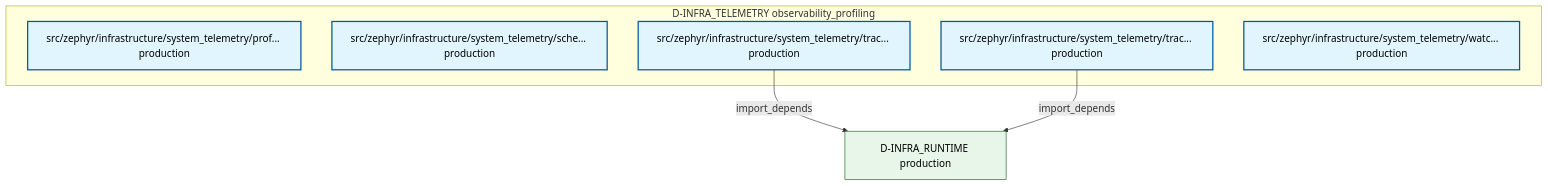
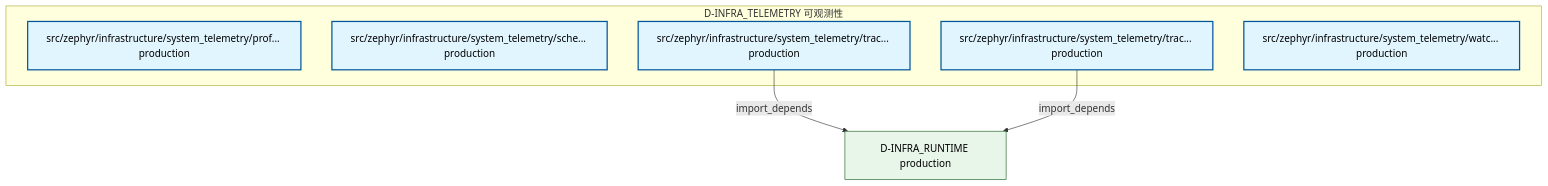
Before and after one commit to xuanFelixVan/ZephyrAlpha: the second of 2 diagrams in docs/02_enterprise_architecture/02_domain_architecture_docs/05_d_infra_telemetry.md, drawn with Mermaid. The commit also changed other lines of this file and 105 other files, not shown here.

````diff
--- a/docs/02_enterprise_architecture/02_domain_architecture_docs/05_d_infra_telemetry.md
+++ b/docs/02_enterprise_architecture/02_domain_architecture_docs/05_d_infra_telemetry.md
@@ -124,19 +124,19 @@
 ```mermaid
 graph TD
-    subgraph D_INFRA_TELEMETRY["D-INFRA_TELEMETRY observability_profiling"]
+    subgraph D_INFRA_TELEMETRY["D-INFRA_TELEMETRY 可观测性"]
         src_zephyr_infrastructure_system_telemetry_profiles_init_py["src/zephyr/infrastructure/system_telemetry/prof... production"]
         src_zephyr_infrastructure_system_telemetry_schema_init_py["src/zephyr/infrastructure/system_telemetry/sche... production"]
         src_zephyr_infrastructure_system_telemetry_traces_init_py["src/zephyr/infrastructure/system_telemetry/trac... production"]
         src_zephyr_infrastructure_system_telemetry_traces_span_stub_py["src/zephyr/infrastructure/system_telemetry/trac... production"]
         src_zephyr_infrastructure_system_telemetry_watchdog_py["src/zephyr/infrastructure/system_telemetry/watc... production"]
     end
     D_INFRA_RUNTIME["D-INFRA_RUNTIME production"]
     src_zephyr_infrastructure_system_telemetry_traces_init_py -->|import_depends| D_INFRA_RUNTIME
     src_zephyr_infrastructure_system_telemetry_traces_span_stub_py -->|import_depends| D_INFRA_RUNTIME
     classDef production fill:#e1f5fe,stroke:#01579b,stroke-width:2px,color:#000
     classDef design fill:#fff3e0,stroke:#e65100,stroke-width:2px,color:#000,stroke-dasharray: 5 5
     classDef external_prod fill:#e8f5e9,stroke:#1b5e20,stroke-width:1px,color:#000
     classDef external_design fill:#fce4ec,stroke:#880e4f,stroke-width:1px,color:#000,stroke-dasharray: 5 5
     class src_zephyr_infrastructure_system_telemetry_profiles_init_py,src_zephyr_infrastructure_system_telemetry_schema_init_py,src_zephyr_infrastructure_system_telemetry_traces_init_py,src_zephyr_infrastructure_system_telemetry_traces_span_stub_py,src_zephyr_infrastructure_system_telemetry_watchdog_py production
     class D_INFRA_RUNTIME external_prod
 ```
````
